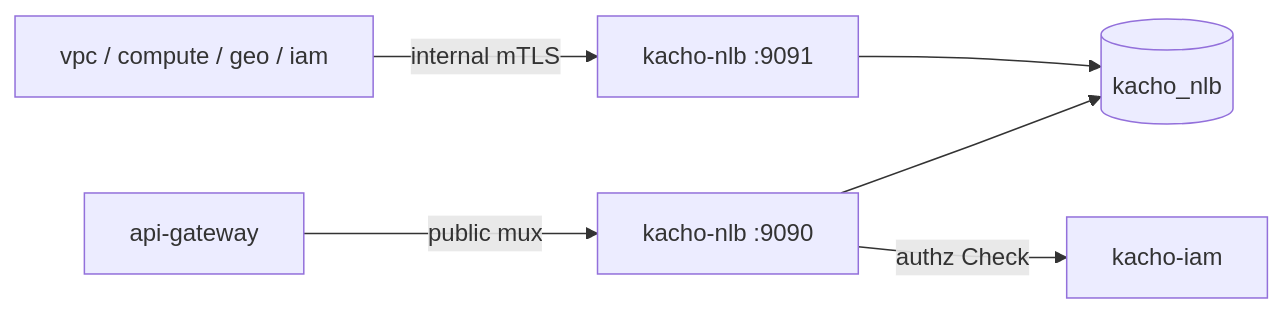
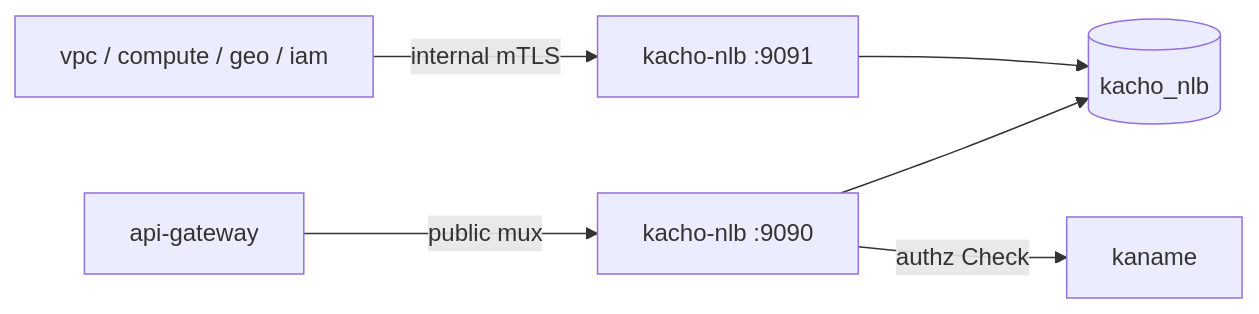
One commit to PRO-Robotech/kacho changed the diagram in services/nlb/docs/content/install/deploy.mdx. Above: the diagram before and after it, drawn with Mermaid. The commit also changed other lines of this file and 5005 other files, not shown here.

````diff
--- a/services/nlb/docs/content/install/deploy.mdx
+++ b/services/nlb/docs/content/install/deploy.mdx
@@ -101,8 +101,8 @@
 ```mermaid
 flowchart LR
   agw["api-gateway"] -->|"public mux"| pub["kacho-nlb :9090"]
   peers["vpc / compute / geo / iam"] -->|"internal mTLS"| int["kacho-nlb :9091"]
   pub --> pg[("kacho_nlb")]
   int --> pg
-  pub -->|"authz Check"| iam["kacho-iam"]
+  pub -->|"authz Check"| iam["kaname"]
 ```
````
